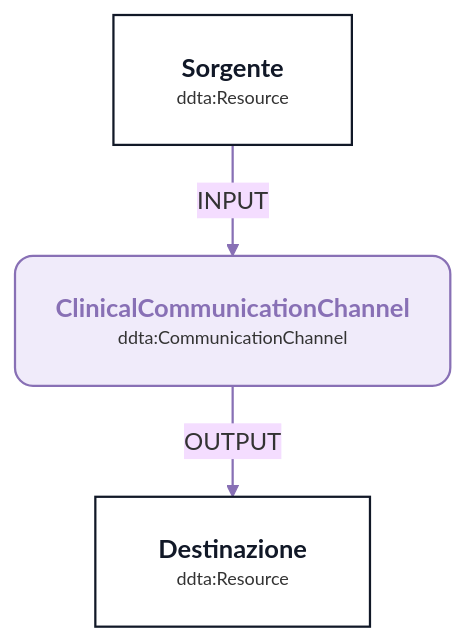
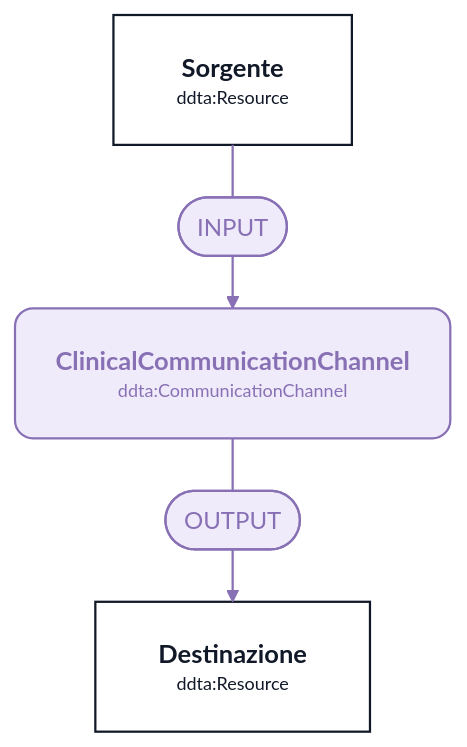
Before and after one commit to nballestriero/tesiStabile: the tenth of 26 diagrams in ontologies/core/DDTA_CORE_VISUALIZATION.md, drawn with Mermaid. The commit also changed other lines of this file and 4 other files, not shown here.

````diff
--- a/ontologies/core/DDTA_CORE_VISUALIZATION.md
+++ b/ontologies/core/DDTA_CORE_VISUALIZATION.md
@@ -1030,14 +1232,17 @@
 ```mermaid
-%%{init: {"htmlLabels":true,"theme":"base"}}%%
+%%{init: {"htmlLabels":true,"theme":"base","layout":"elk"}}%%
 flowchart TB
-    O_7c5623e9041751("<div style='display:inline-block;text-align:center;white-space:nowrap;line-height:1.4;padding:8px 12px;background:transparent;opacity:1;color:#8870B5'><span style='display:block;text-align:center;font-size:17px;font-weight:700;color:#8870B5'>ClinicalCommunicationChannel</span><span style='display:block;text-align:center;font-size:12px;font-weight:400;color:#8870B5'>ddta:CommunicationChannel</span></div>")
-    O_e9b0ddeaec7817["<div style='display:inline-block;text-align:center;white-space:nowrap;line-height:1.4;padding:8px 12px;background:transparent;opacity:1;color:#111827'><span style='display:block;text-align:center;font-size:17px;font-weight:700;color:#111827'>Destinazione</span><span style='display:block;text-align:center;font-size:12px;font-weight:400;color:#111827'>ddta:Resource</span></div>"]
-    O_95d597b18ddf1d["<div style='display:inline-block;text-align:center;white-space:nowrap;line-height:1.4;padding:8px 12px;background:transparent;opacity:1;color:#111827'><span style='display:block;text-align:center;font-size:17px;font-weight:700;color:#111827'>Sorgente</span><span style='display:block;text-align:center;font-size:12px;font-weight:400;color:#111827'>ddta:Resource</span></div>"]
-    O_7c5623e9041751 -->|OUTPUT| O_e9b0ddeaec7817
-    O_95d597b18ddf1d -->|INPUT| O_7c5623e9041751
-    style O_7c5623e9041751 fill:#F0EBFA,stroke:#8870B5,color:#8870B5,stroke-width:1.5px,rx:12px,ry:12px
-    style O_e9b0ddeaec7817 fill:#FFFFFF,stroke:#111827,color:#111827,stroke-width:1.5px
-    style O_95d597b18ddf1d fill:#FFFFFF,stroke:#111827,color:#111827,stroke-width:1.5px
-    linkStyle 0 stroke:#8870B5,stroke-width:1.5px
-    linkStyle 1 stroke:#8870B5,stroke-width:1.5px
+    O_1d96dcbe185004("<div style='display:inline-block;text-align:center;white-space:nowrap;line-height:1.4;padding:8px 12px;background:transparent;opacity:1;color:#8870B5'><span style='display:block;text-align:center;font-size:17px;font-weight:700;color:#8870B5'>ClinicalCommunicationChannel</span><span style='display:block;text-align:center;font-size:12px;font-weight:400;color:#8870B5'>ddta:CommunicationChannel</span></div>")
+    O_ce7c1660e2cb52["<div style='display:inline-block;text-align:center;white-space:nowrap;line-height:1.4;padding:8px 12px;background:transparent;opacity:1;color:#111827'><span style='display:block;text-align:center;font-size:17px;font-weight:700;color:#111827'>Destinazione</span><span style='display:block;text-align:center;font-size:12px;font-weight:400;color:#111827'>ddta:Resource</span></div>"]
+    O_8fdd0056d49a9b["<div style='display:inline-block;text-align:center;white-space:nowrap;line-height:1.4;padding:8px 12px;background:transparent;opacity:1;color:#111827'><span style='display:block;text-align:center;font-size:17px;font-weight:700;color:#111827'>Sorgente</span><span style='display:block;text-align:center;font-size:12px;font-weight:400;color:#111827'>ddta:Resource</span></div>"]
+    G_01e85d9bdfeac1(["OUTPUT"])
+    O_1d96dcbe185004 --- G_01e85d9bdfeac1 --> O_ce7c1660e2cb52
+    G_9e606b88c93dec(["INPUT"])
+    O_8fdd0056d49a9b --- G_9e606b88c93dec --> O_1d96dcbe185004
+    classDef DDTA_C_1ae4e3c918ad fill:#F0EBFA,stroke:#8870B5,color:#8870B5,stroke-width:1.5px,rx:12px,ry:12px
+    class G_01e85d9bdfeac1,G_9e606b88c93dec,O_1d96dcbe185004 DDTA_C_1ae4e3c918ad
+    classDef DDTA_C_069d7d57acd8 fill:#FFFFFF,stroke:#111827,color:#111827,stroke-width:1.5px
+    class O_8fdd0056d49a9b,O_ce7c1660e2cb52 DDTA_C_069d7d57acd8
+    linkStyle 0,1 stroke:#8870B5,stroke-width:1.5px
+    linkStyle 2,3 stroke:#8870B5,stroke-width:1.5px
 ```
````
